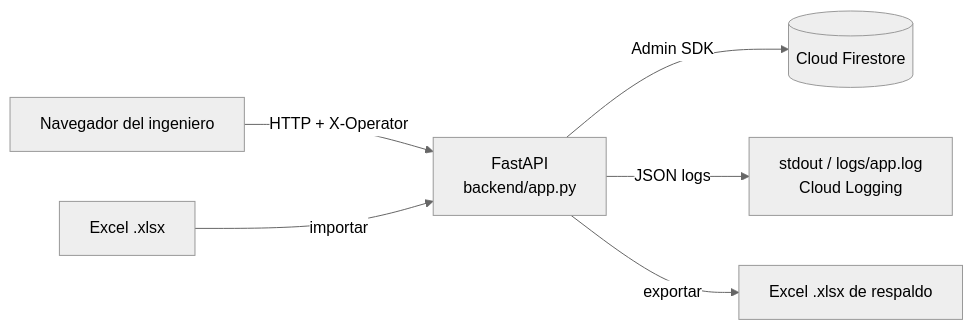
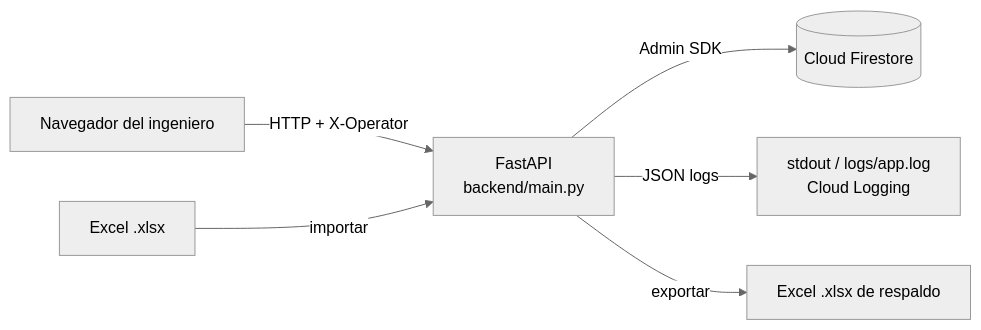
The diagram in README.md (EdgarChuvac/claroAdmin), drawn with Mermaid (neutral theme) before and after one commit. The commit also changed other lines of this file and 53 other files, not shown here.

````diff
--- a/README.md
+++ b/README.md
@@ -29,8 +29,8 @@
 ```mermaid
 flowchart LR
-    U["Navegador del ingeniero"] -- "HTTP + X-Operator" --> API["FastAPI<br/>backend/app.py"]
+    U["Navegador del ingeniero"] -- "HTTP + X-Operator" --> API["FastAPI<br/>backend/main.py"]
     API -- Admin SDK --> FS[(Cloud Firestore)]
     API -- JSON logs --> L["stdout / logs/app.log<br/>Cloud Logging"]
     X["Excel .xlsx"] -- importar --> API
     API -- exportar --> X2["Excel .xlsx de respaldo"]
 ```
````
